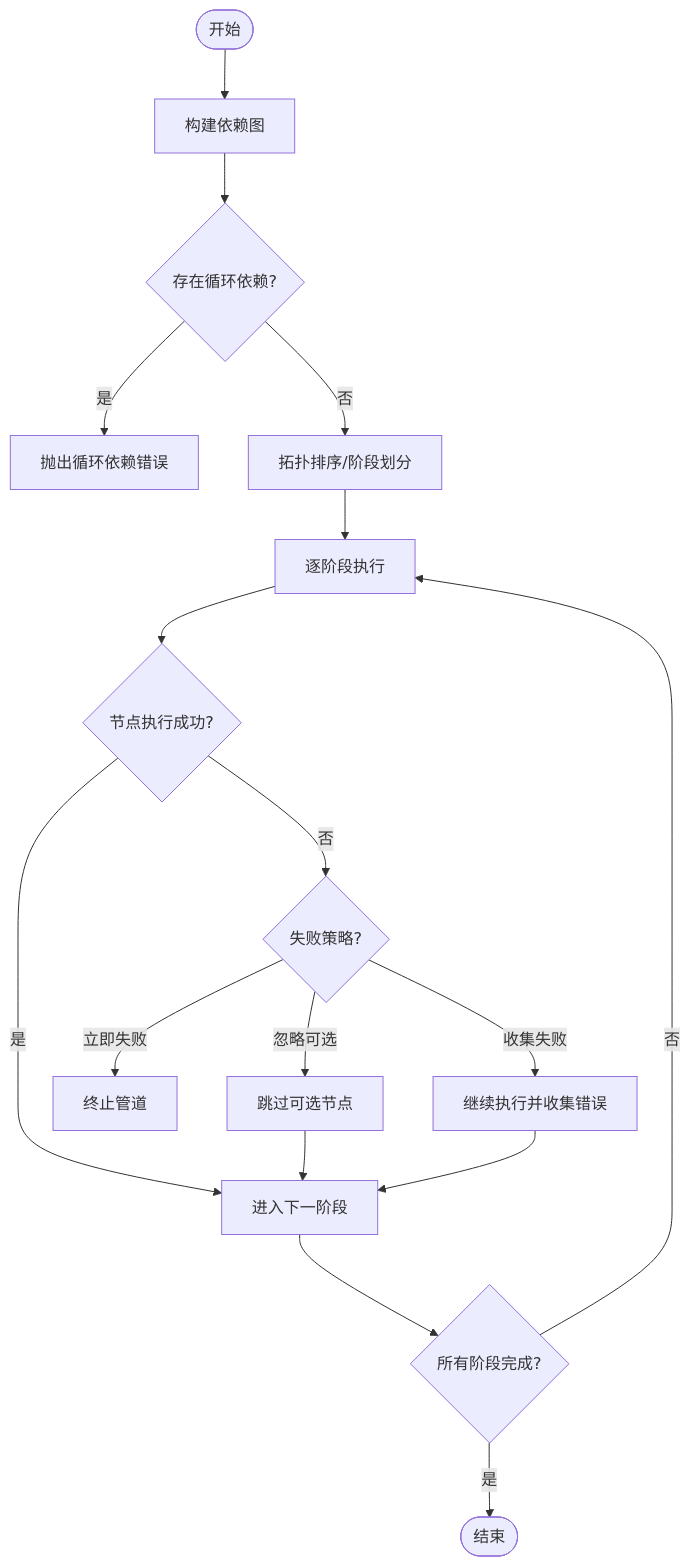
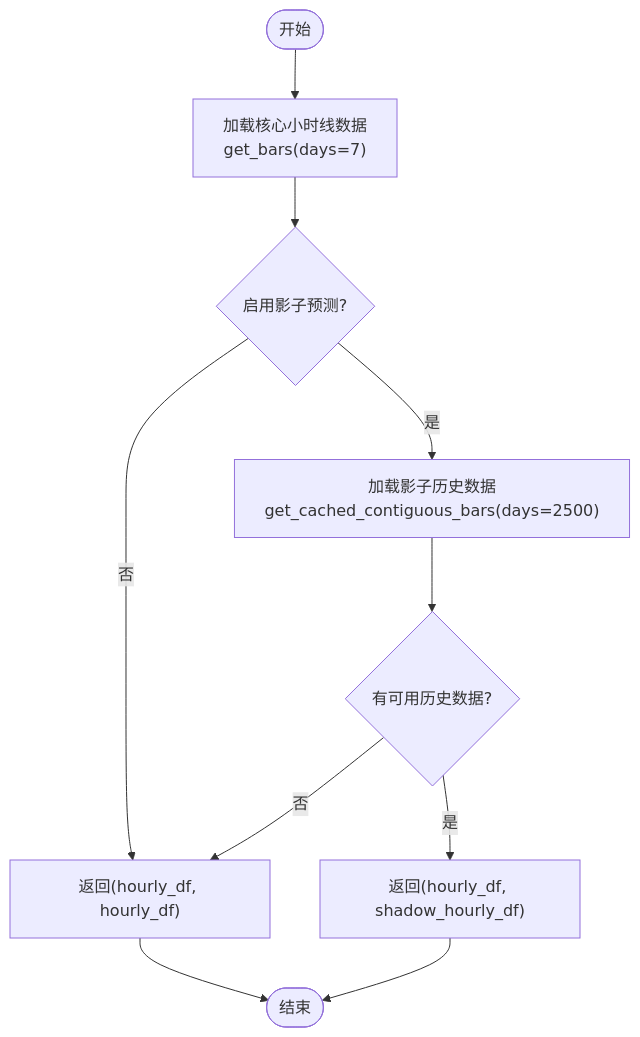
Before and after one commit to anYaoooo/daily_stock_analysis: the third of 6 diagrams in .qoder/repowiki/zh/content/交易策略系统/执行引擎/管道执行器.md, drawn with Mermaid. The commit also changed other lines of this file and 140 other files, not shown here.

````diff
--- a/.qoder/repowiki/zh/content/交易策略系统/执行引擎/管道执行器.md
+++ b/.qoder/repowiki/zh/content/交易策略系统/执行引擎/管道执行器.md
@@ -139,19 +165,12 @@
 ```mermaid
 flowchart TD
-Start(["开始"]) --> Build["构建依赖图"]
-Build --> DetectCycle{"存在循环依赖?"}
-DetectCycle --> |是| ErrCycle["抛出循环依赖错误"]
-DetectCycle --> |否| Topo["拓扑排序/阶段划分"]
-Topo --> ExecStage["逐阶段执行"]
-ExecStage --> NodeExec{"节点执行成功?"}
-NodeExec --> |是| NextStage["进入下一阶段"]
-NodeExec --> |否| HandleFail{"失败策略?"}
-HandleFail --> |立即失败| FailFast["终止管道"]
-HandleFail --> |忽略可选| SkipOpt["跳过可选节点"]
-HandleFail --> |收集失败| CollectErr["继续执行并收集错误"]
-SkipOpt --> NextStage
-CollectErr --> NextStage
-NextStage --> Done{"所有阶段完成?"}
-Done --> |否| ExecStage
-Done --> |是| End(["结束"])
+Start(["开始"]) --> LoadCore["加载核心小时线数据<br/>get_bars(days=7)"]
+LoadCore --> CheckShadow{"启用影子预测?"}
+CheckShadow --> |否| ReturnBoth["返回(hourly_df, hourly_df)"]
+CheckShadow --> |是| LoadShadow["加载影子历史数据<br/>get_cached_contiguous_bars(days=2500)"]
+LoadShadow --> HasHistory{"有可用历史数据?"}
+HasHistory --> |是| ReturnDual["返回(hourly_df, shadow_hourly_df)"]
+HasHistory --> |否| ReturnBoth
+ReturnBoth --> End(["结束"])
+ReturnDual --> End
 ```
````
